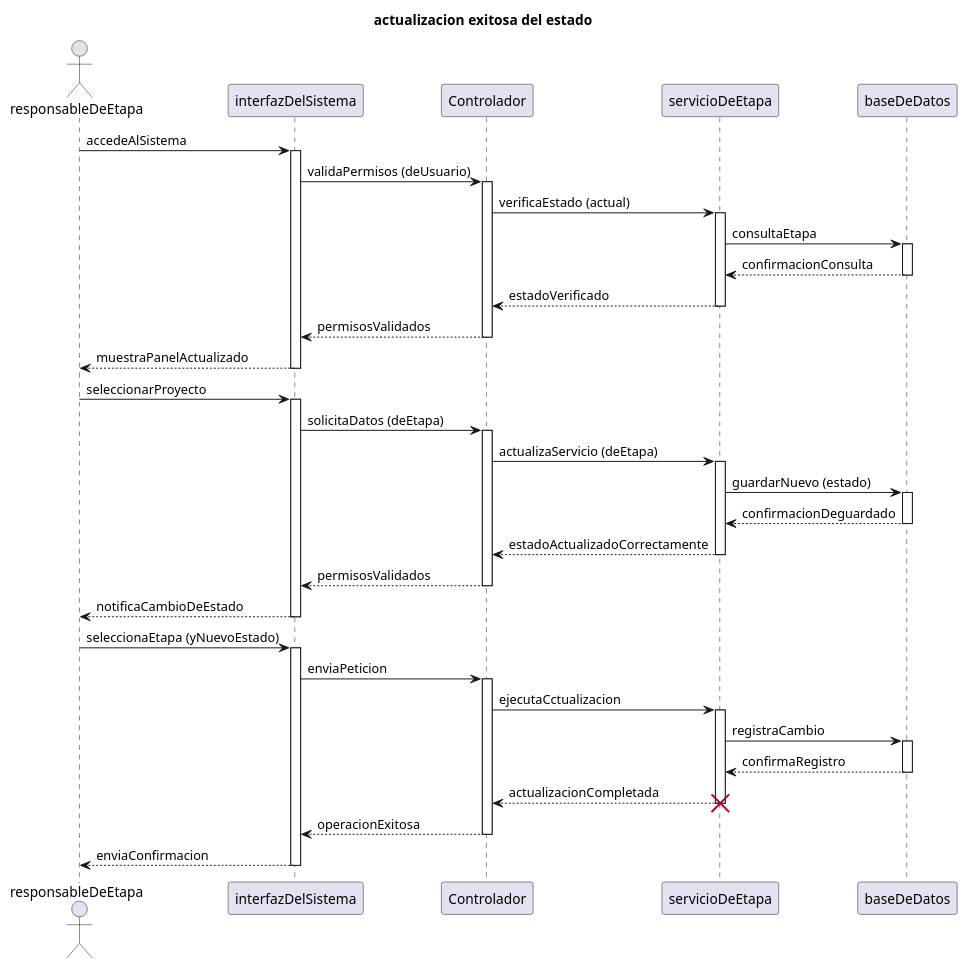
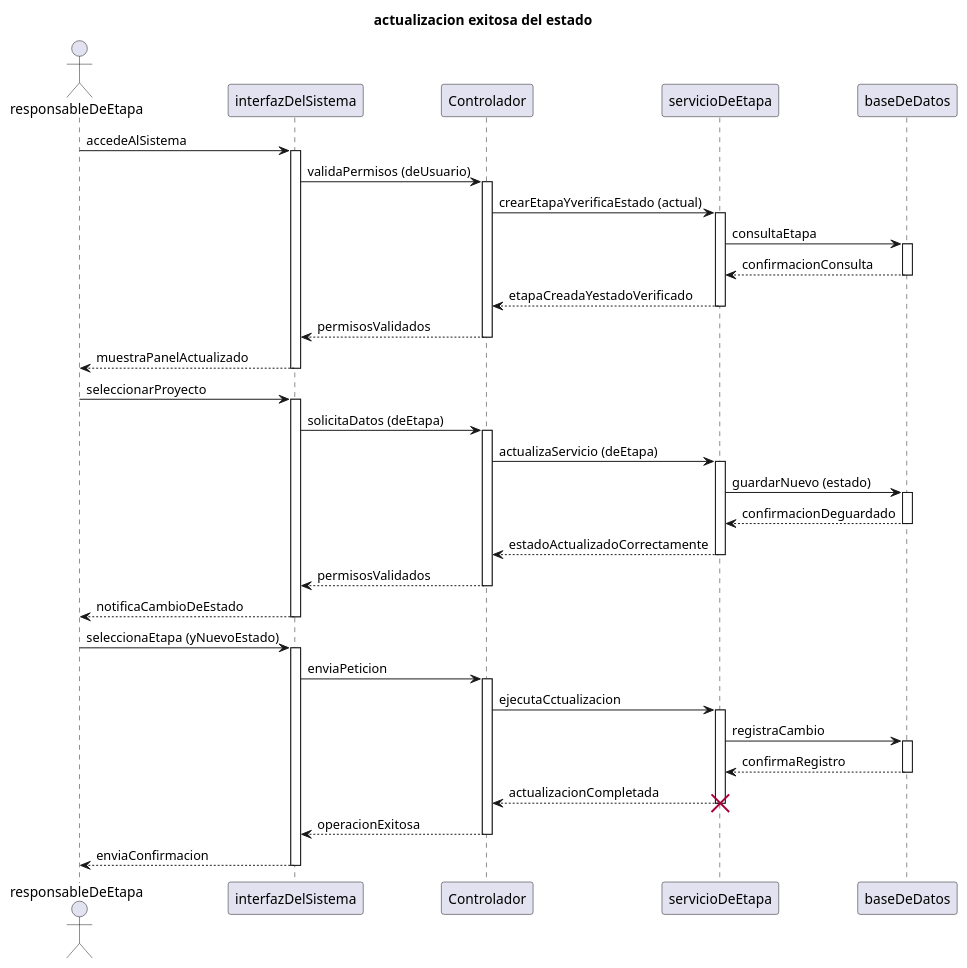
Before and after one commit to 9919-Mili/SistemaProductoraVideos: the diagram in diagramas/05-diagramas-secuencia/05-secuencia-actualizar-estado-de-la-etapa-actualizacion-exitosa-del-estado-de-la-etapa-02.puml, drawn with PlantUML. The commit also changed 2 other files, not shown here.

```diff
--- a/diagramas/05-diagramas-secuencia/05-secuencia-actualizar-estado-de-la-etapa-actualizacion-exitosa-del-estado-de-la-etapa-02.puml
+++ b/diagramas/05-diagramas-secuencia/05-secuencia-actualizar-estado-de-la-etapa-actualizacion-exitosa-del-estado-de-la-etapa-02.puml
@@ -1,63 +1,63 @@
 @startuml 
 title actualizacion exitosa del estado
 
 actor responsableDeEtapa
 participant interfazDelSistema as interfazDelSistema
 participant Controlador as Controlador
 participant servicioDeEtapa
 participant baseDeDatos as baseDeDatos
 
 
 responsableDeEtapa -> interfazDelSistema: accedeAlSistema
 activate interfazDelSistema 
 interfazDelSistema -> Controlador: validaPermisos (deUsuario)
 activate Controlador
-Controlador -> servicioDeEtapa: verificaEstado (actual)
+Controlador -> servicioDeEtapa: crearEtapaYverificaEstado (actual)
 activate servicioDeEtapa
 servicioDeEtapa -> baseDeDatos: consultaEtapa 
 activate baseDeDatos
 baseDeDatos --> servicioDeEtapa: confirmacionConsulta
 deactivate baseDeDatos
-servicioDeEtapa --> Controlador: estadoVerificado
+servicioDeEtapa --> Controlador: etapaCreadaYestadoVerificado
 deactivate servicioDeEtapa
 Controlador --> interfazDelSistema: permisosValidados
 deactivate Controlador
 interfazDelSistema --> responsableDeEtapa: muestraPanelActualizado
 deactivate interfazDelSistema
 
 responsableDeEtapa -> interfazDelSistema: seleccionarProyecto 
 activate interfazDelSistema
 interfazDelSistema -> Controlador: solicitaDatos (deEtapa)
 activate Controlador
 Controlador -> servicioDeEtapa: actualizaServicio (deEtapa) 
 activate servicioDeEtapa
 servicioDeEtapa -> baseDeDatos: guardarNuevo (estado) 
 activate baseDeDatos
 baseDeDatos --> servicioDeEtapa: confirmacionDeguardado
 deactivate baseDeDatos
 servicioDeEtapa --> Controlador: estadoActualizadoCorrectamente
 deactivate servicioDeEtapa
 Controlador --> interfazDelSistema: permisosValidados 
 deactivate Controlador
 interfazDelSistema --> responsableDeEtapa: notificaCambioDeEstado
 deactivate interfazDelSistema
 
 responsableDeEtapa -> interfazDelSistema: seleccionaEtapa (yNuevoEstado) 
 activate interfazDelSistema
 interfazDelSistema -> Controlador: enviaPeticion 
 activate Controlador
 Controlador -> servicioDeEtapa: ejecutaCctualizacion 
 activate servicioDeEtapa
 servicioDeEtapa -> baseDeDatos: registraCambio
 activate baseDeDatos
 baseDeDatos --> servicioDeEtapa: confirmaRegistro
 deactivate baseDeDatos
 servicioDeEtapa --> Controlador: actualizacionCompletada
 deactivate servicioDeEtapa 
 destroy servicioDeEtapa
 Controlador --> interfazDelSistema: operacionExitosa
 deactivate Controlador
 interfazDelSistema --> responsableDeEtapa: enviaConfirmacion 
 deactivate interfazDelSistema
 
 @endum
```
